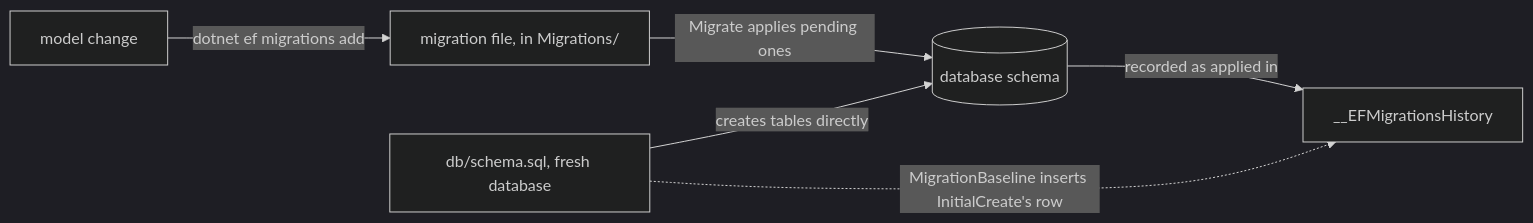
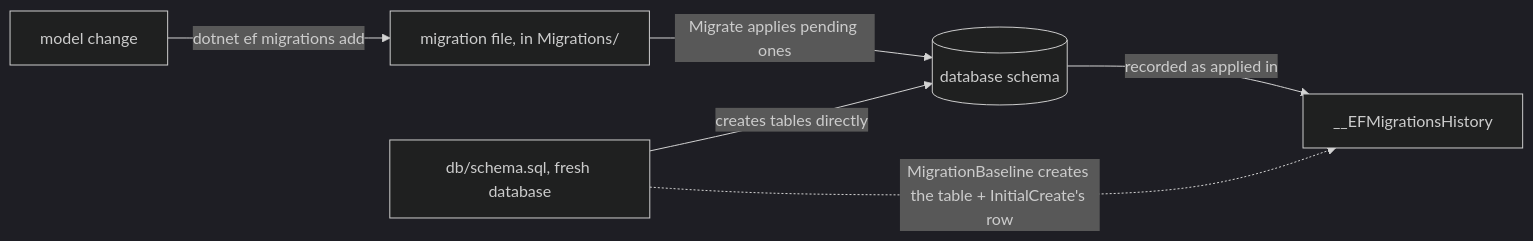
One commit to duyan11110/lo-trinh-architect changed the diagram in content/tracks/backend/orm-efcore/backend.l1.migrations.en.md. Above: the diagram before and after it, drawn with Mermaid (dark theme). The commit also changed other lines of this file and 3 other files, not shown here.

````diff
--- a/content/tracks/backend/orm-efcore/backend.l1.migrations.en.md
+++ b/content/tracks/backend/orm-efcore/backend.l1.migrations.en.md
@@ -39,8 +39,8 @@
 ```mermaid
 flowchart LR
   A[model change] -->|dotnet ef migrations add| B[migration file, in Migrations/]
   B -->|Migrate applies pending ones| C[(database schema)]
   C -->|recorded as applied in| D[__EFMigrationsHistory]
   E[db/schema.sql, fresh database] -->|creates tables directly| C
-  E -.->|MigrationBaseline inserts InitialCreate's row| D
+  E -.->|MigrationBaseline creates the table + InitialCreate's row| D
 ```
````
